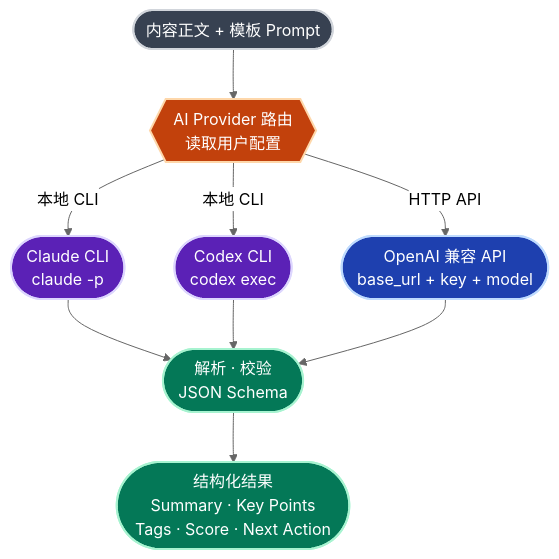
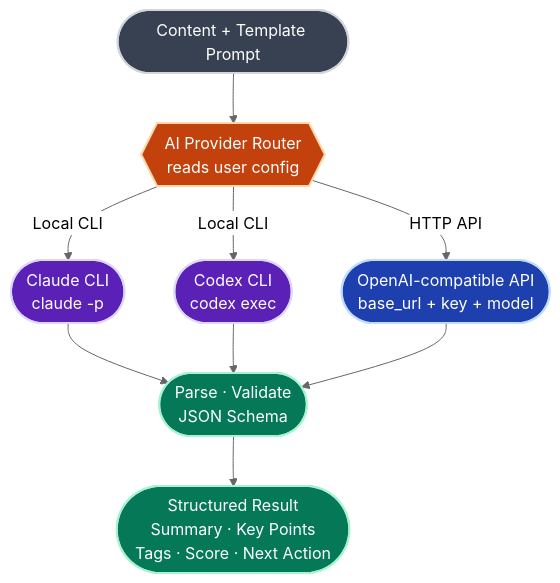
The third of 5 diagrams in README.md (AliceDel66/ReachNote), drawn with Mermaid (neutral theme) before and after one commit. The commit also changed other lines of this file and 33 other files, not shown here.

````diff
--- a/README.md
+++ b/README.md
@@ -151,21 +159,21 @@
 ```mermaid
 flowchart TB
     classDef io fill:#374151,stroke:#d1d5db,stroke-width:2px,color:#fff
     classDef router fill:#c2410c,stroke:#fed7aa,stroke-width:2px,color:#fff
     classDef local fill:#5b21b6,stroke:#ddd6fe,stroke-width:2px,color:#fff
     classDef api fill:#1e40af,stroke:#bfdbfe,stroke-width:2px,color:#fff
     classDef out fill:#047857,stroke:#a7f3d0,stroke-width:2px,color:#fff
 
-    Req(["内容正文 + 模板 Prompt"]):::io
-    Req --> Router{{"AI Provider 路由<br/>读取用户配置"}}:::router
+    Req(["Content + Template Prompt"]):::io
+    Req --> Router{{"AI Provider Router<br/>reads user config"}}:::router
 
-    Router -->|本地 CLI| Claude(["Claude CLI<br/>claude -p"]):::local
-    Router -->|本地 CLI| Codex(["Codex CLI<br/>codex exec"]):::local
-    Router -->|HTTP API| OpenAI(["OpenAI 兼容 API<br/>base_url + key + model"]):::api
+    Router -->|Local CLI| Claude(["Claude CLI<br/>claude -p"]):::local
+    Router -->|Local CLI| Codex(["Codex CLI<br/>codex exec"]):::local
+    Router -->|HTTP API| OpenAI(["OpenAI-compatible API<br/>base_url + key + model"]):::api
 
-    Claude --> Parse(["解析 · 校验<br/>JSON Schema"]):::out
+    Claude --> Parse(["Parse · Validate<br/>JSON Schema"]):::out
     Codex --> Parse
     OpenAI --> Parse
 
-    Parse --> Result(["结构化结果<br/>Summary · Key Points<br/>Tags · Score · Next Action"]):::out
+    Parse --> Result(["Structured Result<br/>Summary · Key Points<br/>Tags · Score · Next Action"]):::out
 ```
````
